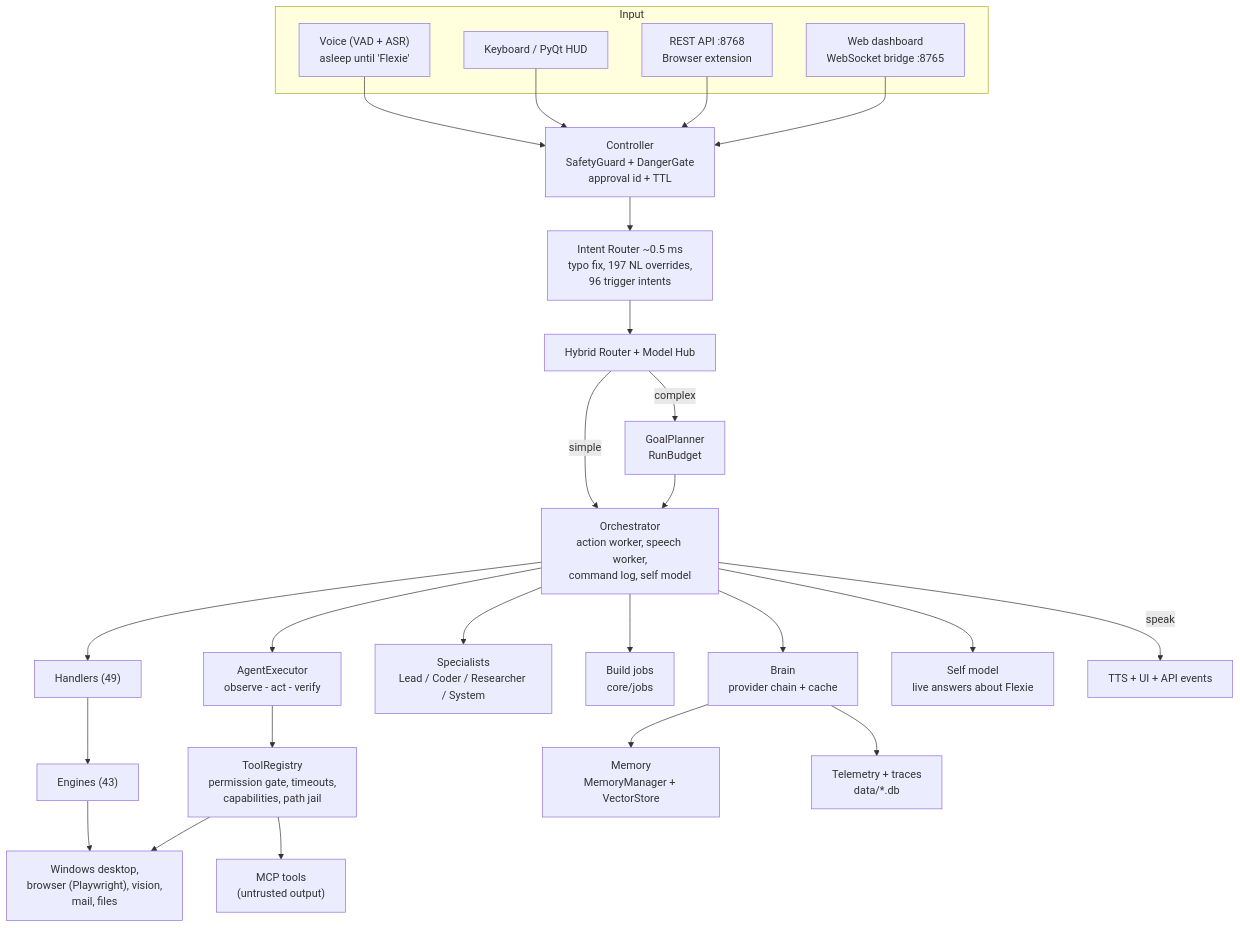
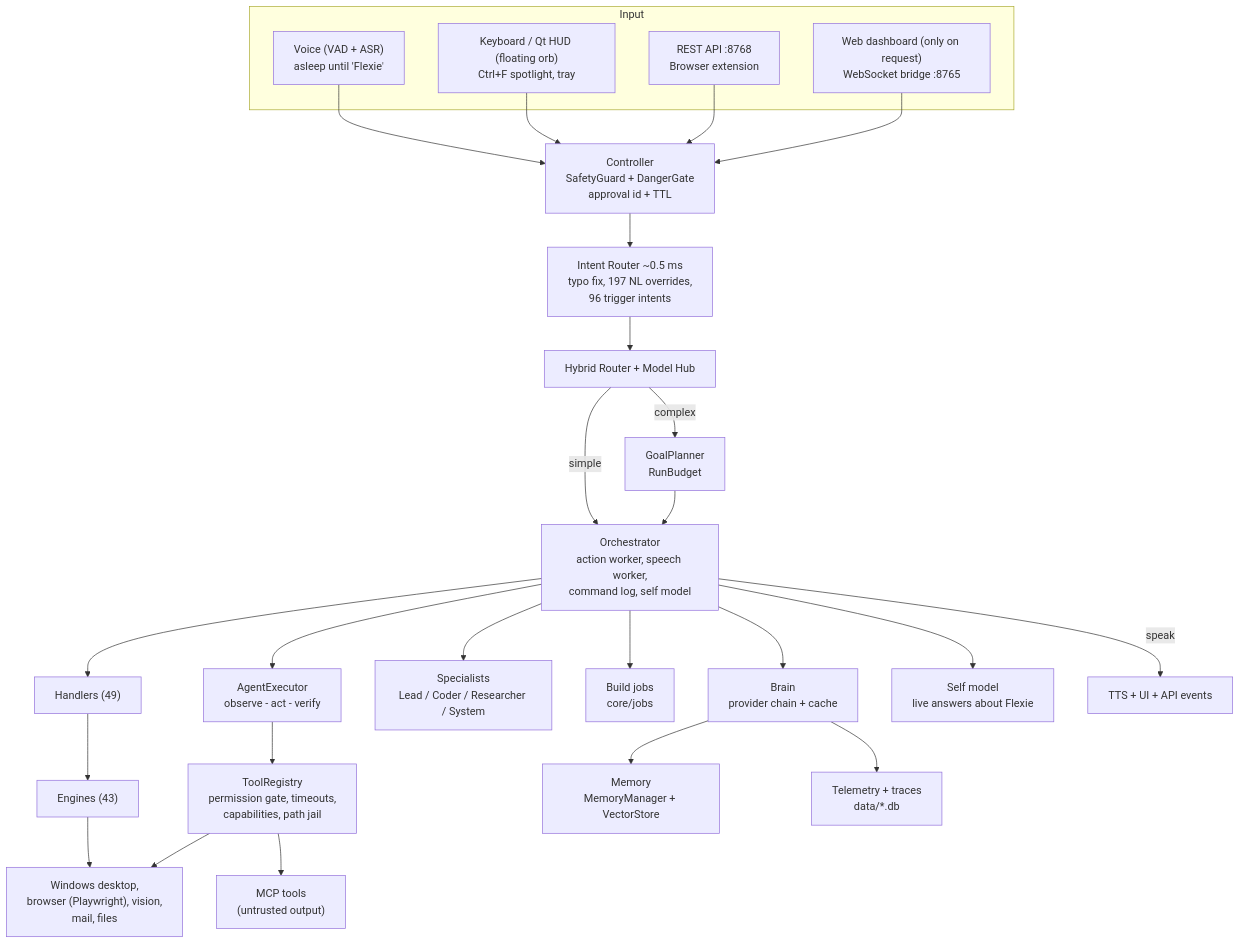
Before and after one commit to DhanushN2005/Agentic-AI-Desktop-Assistant-: the first of 6 diagrams in README.md, drawn with Mermaid. The commit also changed other lines of this file and 61 other files, not shown here.

First line of the commit message:
Add comprehensive tests for launcher and web dashboard functionality

````diff
--- a/README.md
+++ b/README.md
@@ -133,39 +133,39 @@
 ```mermaid
 flowchart TD
     subgraph IN["Input"]
         V["Voice (VAD + ASR)<br/>asleep until 'Flexie'"]
-        K["Keyboard / PyQt HUD"]
+        K["Keyboard / Qt HUD (floating orb)<br/>Ctrl+F spotlight, tray"]
         API["REST API :8768<br/>Browser extension"]
-        WS["Web dashboard<br/>WebSocket bridge :8765"]
+        WS["Web dashboard (only on request)<br/>WebSocket bridge :8765"]
     end
 
     V --> CT
     K --> CT
     API --> CT
     WS --> CT
 
     CT["Controller<br/>SafetyGuard + DangerGate<br/>approval id + TTL"]
     CT --> RT["Intent Router ~0.5 ms<br/>typo fix, 197 NL overrides,<br/>96 trigger intents"]
     RT --> HR["Hybrid Router + Model Hub"]
     HR -->|simple| OR
     HR -->|complex| GP["GoalPlanner<br/>RunBudget"]
     GP --> OR
 
     OR["Orchestrator<br/>action worker, speech worker,<br/>command log, self model"]
     OR --> HD["Handlers (49)"]
     HD --> EN["Engines (43)"]
     OR --> AE["AgentExecutor<br/>observe - act - verify"]
     AE --> TR["ToolRegistry<br/>permission gate, timeouts,<br/>capabilities, path jail"]
     TR --> MCP["MCP tools<br/>(untrusted output)"]
     OR --> SP["Specialists<br/>Lead / Coder / Researcher / System"]
     OR --> JB["Build jobs<br/>core/jobs"]
 
     EN --> OS["Windows desktop,<br/>browser (Playwright), vision,<br/>mail, files"]
     TR --> OS
 
     OR --> BR["Brain<br/>provider chain + cache"]
     BR --> MEM["Memory<br/>MemoryManager + VectorStore"]
     BR --> TEL["Telemetry + traces<br/>data/*.db"]
     OR --> SM["Self model<br/>live answers about Flexie"]
     OR -->|speak| OUT["TTS + UI + API events"]
 ```
````
